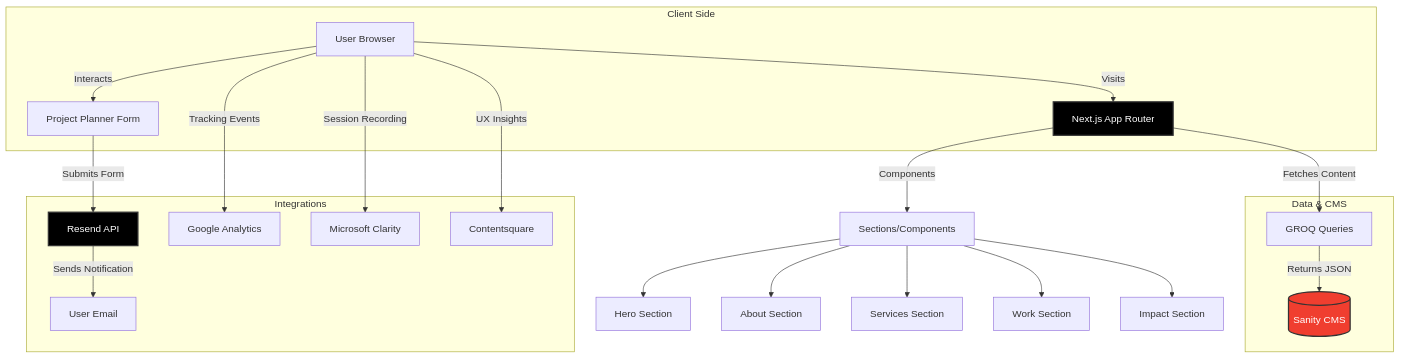
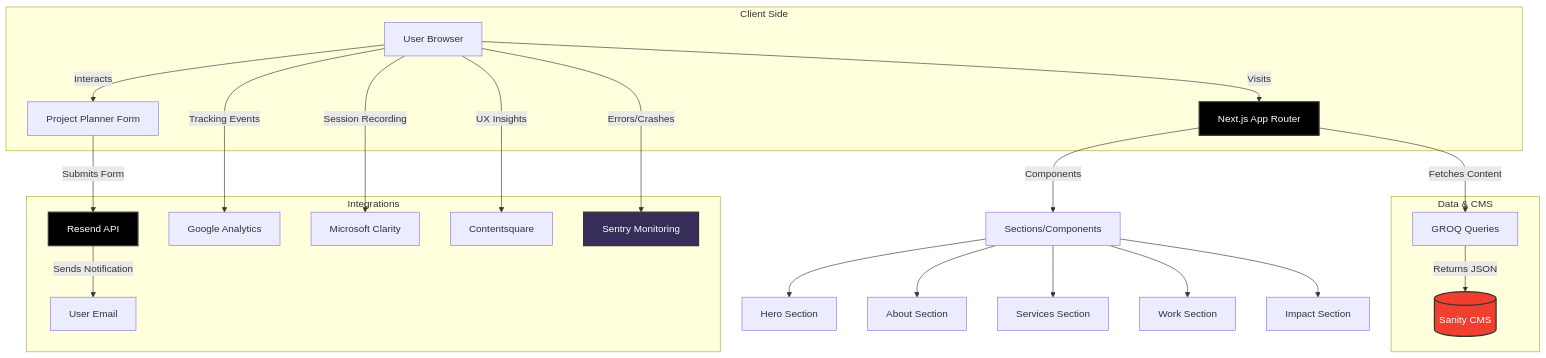
Before and after one commit to siraajul/Shopifolio: the diagram in README.md, drawn with Mermaid. The commit also changed other lines of this file, not shown here.

Commit message:
docs: enhance README with reliability features, CI badges, and Sentry integration details.

````diff
--- a/README.md
+++ b/README.md
@@ -94,46 +111,49 @@
 ```mermaid
 graph TD
     subgraph "Client Side"
         Browser[User Browser]
         Page[Next.js App Router]
         Planner[Project Planner Form]
     end
 
     subgraph "Data & CMS"
         Sanity[(Sanity CMS)]
         Query["GROQ Queries"]
     end
 
     subgraph "Integrations"
         Resend[Resend API]
         GA4[Google Analytics]
         Clarity[Microsoft Clarity]
         CS[Contentsquare]
+        Sentry[Sentry Monitoring]
         Email[User Email]
     end
 
     %% Flows
     Browser --> |Visits| Page
     Page --> |Fetches Content| Query
     Query --> |Returns JSON| Sanity
     
     Browser --> |Interacts| Planner
     Planner --> |Submits Form| Resend
     Resend --> |Sends Notification| Email
     
     Browser --> |Tracking Events| GA4
     Browser --> |Session Recording| Clarity
+    Browser --> |Errors/Crashes| Sentry
     Browser --> |UX Insights| CS
 
     %% Structure
     Page -- Components --> Sections[Sections/Components]
     Sections --> Hero[Hero Section]
     Sections --> About[About Section]
     Sections --> Services[Services Section]
     Sections --> Work[Work Section]
     Sections --> Impact[Impact Section]
 
     style Sanity fill:#f03e2f,color:#fff,stroke:#333,stroke-width:2px
     style Resend fill:#000,color:#fff,stroke:#333,stroke-width:2px
     style Page fill:#000,color:#fff,stroke:#333,stroke-width:2px
+    style Sentry fill:#362D59,color:#fff,stroke:#333,stroke-width:2px
 ```
````
